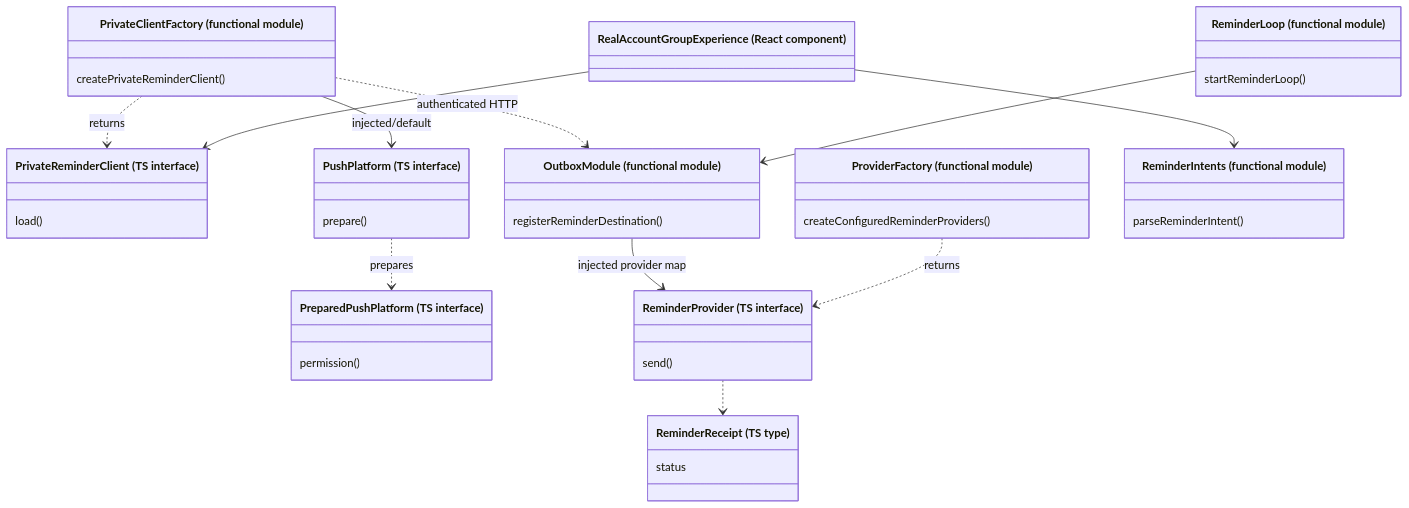
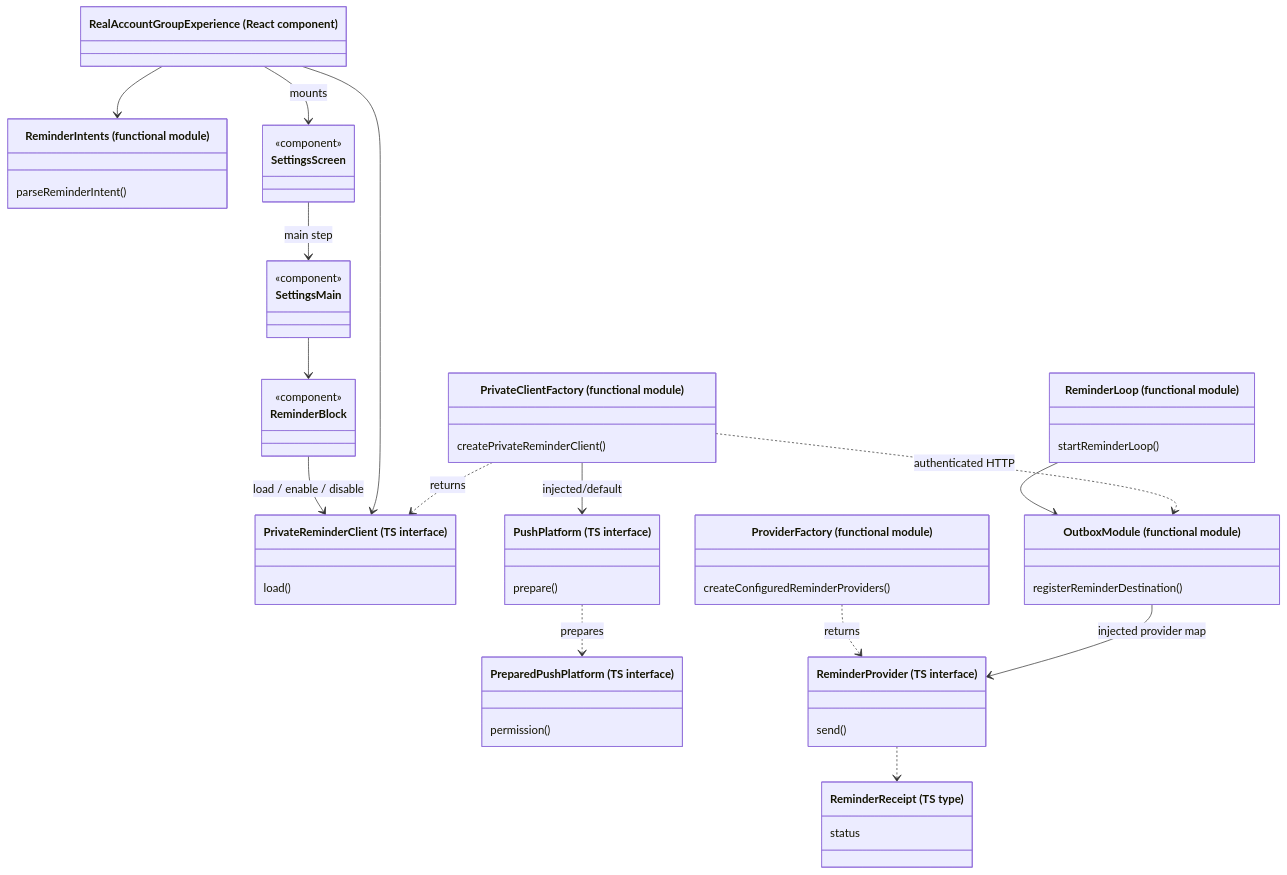
Diagram 12 of 17 in docs/design/interactions.md (Collaboration95/rewind-app), drawn with Mermaid before and after one commit. The commit also changed other lines of this file and 3 other files, not shown here.

Commit message:
docs: map mounted settings and reminder ordering

````diff
--- a/docs/design/interactions.md
+++ b/docs/design/interactions.md
@@ -360,34 +398,41 @@
 ```mermaid
 classDiagram
   class PrivateReminderClient["PrivateReminderClient (TS interface)"]
   PrivateReminderClient : load()
   class PrivateClientFactory["PrivateClientFactory (functional module)"]
   PrivateClientFactory : createPrivateReminderClient()
   class PushPlatform["PushPlatform (TS interface)"]
   PushPlatform : prepare()
   class PreparedPushPlatform["PreparedPushPlatform (TS interface)"]
   PreparedPushPlatform : permission()
   class OutboxModule["OutboxModule (functional module)"]
   OutboxModule : registerReminderDestination()
   class ReminderLoop["ReminderLoop (functional module)"]
   ReminderLoop : startReminderLoop()
   class ReminderProvider["ReminderProvider (TS interface)"]
   ReminderProvider : send()
   class ProviderFactory["ProviderFactory (functional module)"]
   ProviderFactory : createConfiguredReminderProviders()
   class ReminderReceipt["ReminderReceipt (TS type)"]
   ReminderReceipt : status
   class ReminderIntents["ReminderIntents (functional module)"]
   ReminderIntents : parseReminderIntent()
   PrivateClientFactory ..> PrivateReminderClient : returns
   PrivateClientFactory --> PushPlatform : injected/default
   PushPlatform ..> PreparedPushPlatform : prepares
   PrivateClientFactory ..> OutboxModule : authenticated HTTP
   ReminderLoop --> OutboxModule
   OutboxModule --> ReminderProvider : injected provider map
   ProviderFactory ..> ReminderProvider : returns
   ReminderProvider ..> ReminderReceipt
   class RealAccountGroupExperience["RealAccountGroupExperience (React component)"]
   RealAccountGroupExperience --> ReminderIntents
   RealAccountGroupExperience --> PrivateReminderClient
+  RealAccountGroupExperience --> SettingsScreen : mounts
+  class SettingsScreen { <<component>> }
+  class SettingsMain { <<component>> }
+  class ReminderBlock { <<component>> }
+  SettingsScreen --> SettingsMain : main step
+  SettingsMain --> ReminderBlock
+  ReminderBlock --> PrivateReminderClient : load / enable / disable
 ```
````
